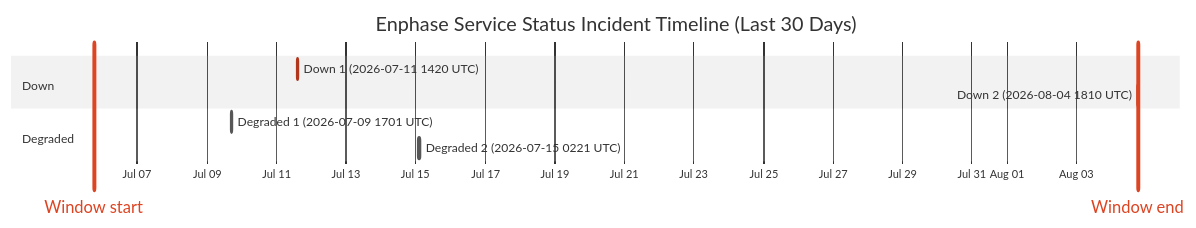
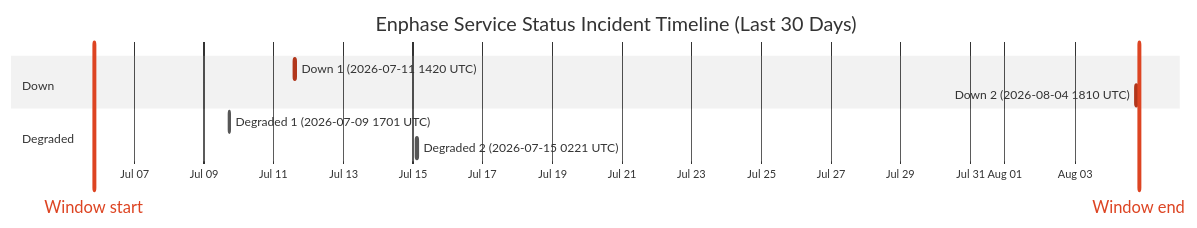
Before and after one commit to barneyonline/ha-enphase-energy: the diagram in wiki/Service-Status-History.md, drawn with Mermaid (neutral theme). The commit also changed other lines of this file and 5 other files, not shown here.

````diff
--- a/wiki/Service-Status-History.md
+++ b/wiki/Service-Status-History.md
@@ -14,14 +14,14 @@
 ```mermaid
 gantt
     title Enphase Service Status Incident Timeline (Last 30 Days)
     dateFormat  YYYY-MM-DDTHH:mm:ss
     axisFormat  %b %d
-    Window start :vert, window-start, 2026-07-05T18:10:46, 0ms
-    Window end :vert, window-end, 2026-08-04T18:10:46, 0ms
+    Window start :vert, window-start, 2026-07-05T20:08:24, 0ms
+    Window end :vert, window-end, 2026-08-04T20:08:24, 0ms
     section Down
     Down 1 (2026-07-11 1420 UTC) :crit, down-1, 2026-07-11T14:20:54, 69m
     Down 2 (2026-08-04 1810 UTC) :crit, down-2, 2026-08-04T18:10:46, 60m
     section Degraded
     Degraded 1 (2026-07-09 1701 UTC) :active, degraded-1, 2026-07-09T17:01:02, 60m
     Degraded 2 (2026-07-15 0221 UTC) :active, degraded-2, 2026-07-15T02:21:35, 60m
 ```
````
